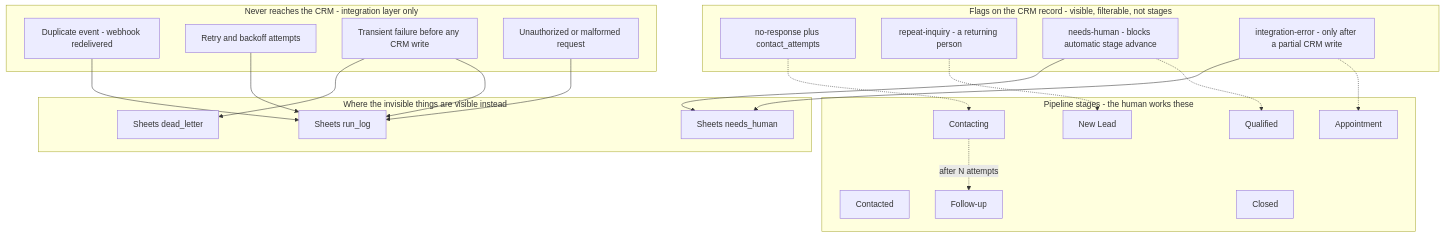
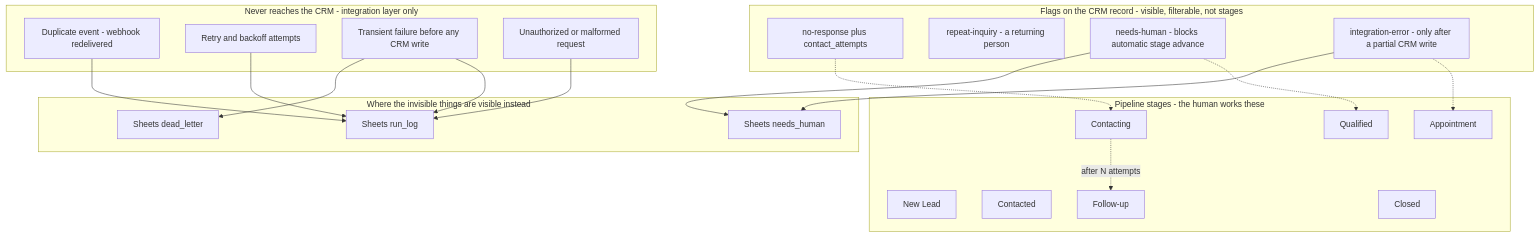
The second of 2 diagrams in docs/diagrams/lead-lifecycle.md (DvDavs/ghl-leadflow-demo), drawn with Mermaid before and after one commit. The commit also changed other lines of this file and 3 other files, not shown here.

````diff
--- a/docs/diagrams/lead-lifecycle.md
+++ b/docs/diagrams/lead-lifecycle.md
@@ -52,46 +65,45 @@
 ```mermaid
 flowchart TB
   subgraph STAGE["Pipeline stages - the human works these"]
     S1["New Lead"]
     S2["Contacting"]
     S3["Contacted"]
     S4["Qualified"]
     S5["Appointment"]
     S6["Follow-up"]
     S7["Closed"]
   end
 
   subgraph FLAG["Flags on the CRM record - visible, filterable, not stages"]
     F1["no-response plus contact_attempts"]
     F2["repeat-inquiry - a returning person"]
     F3["needs-human - blocks automatic stage advance"]
     F4["integration-error - only after a partial CRM write"]
   end
 
   subgraph NEVER["Never reaches the CRM - integration layer only"]
     N1["Duplicate event - webhook redelivered"]
     N2["Retry and backoff attempts"]
     N3["Transient failure before any CRM write"]
     N4["Unauthorized or malformed request"]
   end
 
   subgraph EVID["Where the invisible things are visible instead"]
     L1["Sheets run_log"]
     L2["Sheets needs_human"]
     L3["Sheets dead_letter"]
   end
 
   S2 -.->|"after N attempts"| S6
   F1 -.-> S2
   F3 -.-> S4
-  F2 -.-> S1
   F4 -.-> S5
 
   N1 --> L1
   N2 --> L1
   N3 --> L1
   N3 --> L3
   N4 --> L1
   F3 --> L2
   F4 --> L2
 ```
````
